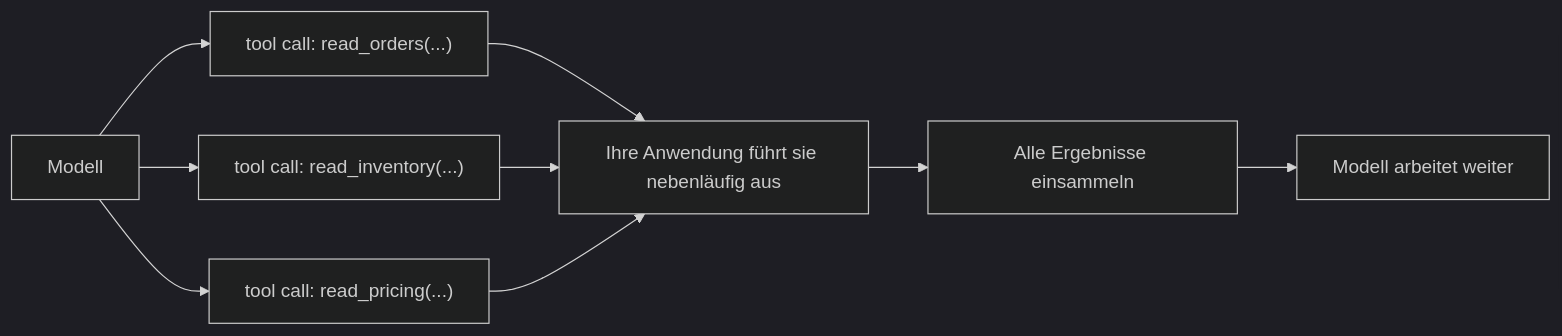
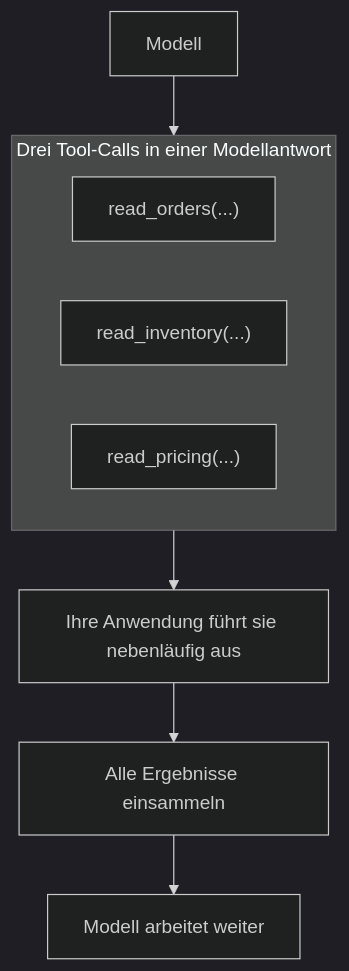
The first of 2 diagrams in i18n/de/docusaurus-plugin-content-docs/current/part-2-agents/tool-use/deep-dive.md (NikolaiSachok/ai-engineering-handbook), drawn with Mermaid (dark theme) before and after one commit. The commit also changed other lines of this file and 75 other files, not shown here.

First line of the commit message:
fix(diagrams): re-author wide diagrams, and measure the three locales the gate never saw (#441)

````diff
--- a/i18n/de/docusaurus-plugin-content-docs/current/part-2-agents/tool-use/deep-dive.md
+++ b/i18n/de/docusaurus-plugin-content-docs/current/part-2-agents/tool-use/deep-dive.md
@@ -37,11 +37,13 @@
 ```mermaid
-flowchart LR
-  M["Modell"] --> TC1["tool call: read_orders(...)"]
-  M --> TC2["tool call: read_inventory(...)"]
-  M --> TC3["tool call: read_pricing(...)"]
-  TC1 --> R["Ihre Anwendung führt sie nebenläufig aus"]
-  TC2 --> R
-  TC3 --> R
+flowchart TB
+  M["Modell"] --> Calls
+  subgraph Calls["Drei Tool-Calls in einer Modellantwort"]
+    direction LR
+    TC1["read_orders(...)"]
+    TC2["read_inventory(...)"]
+    TC3["read_pricing(...)"]
+  end
+  Calls --> R["Ihre Anwendung führt sie nebenläufig aus"]
   R --> C["Alle Ergebnisse einsammeln"]
   C --> M2["Modell arbeitet weiter"]
 ```
````
